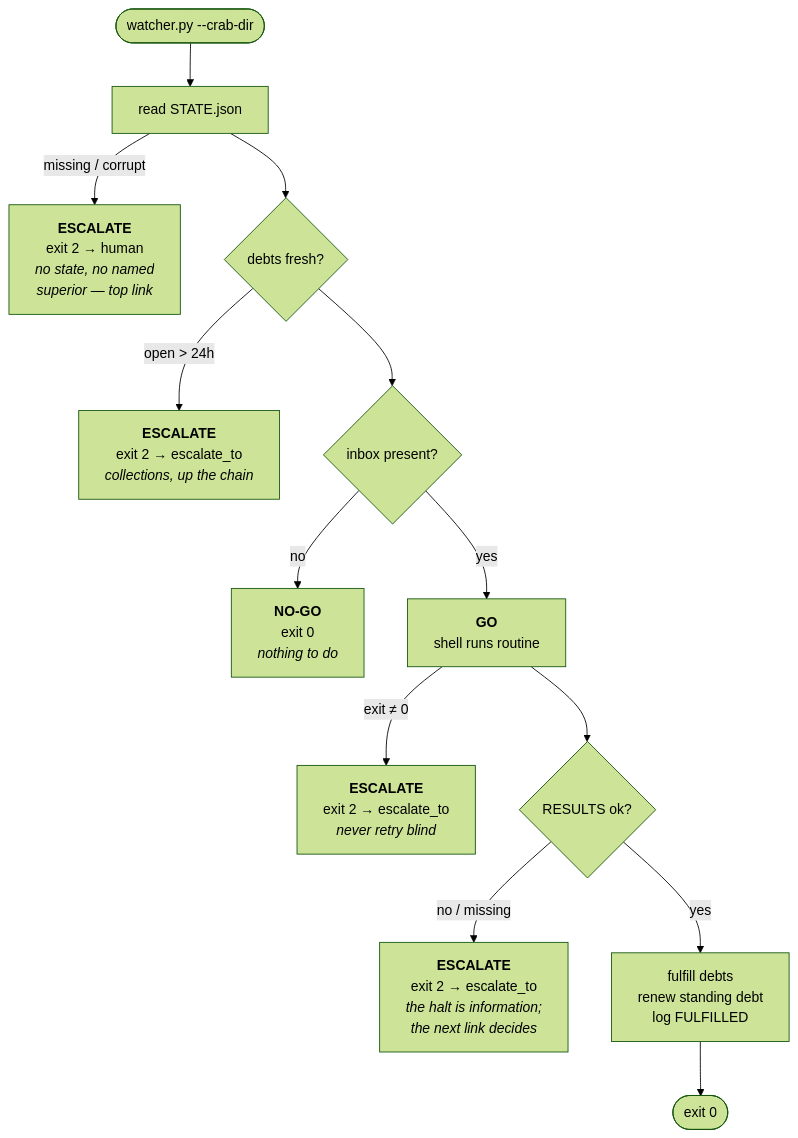
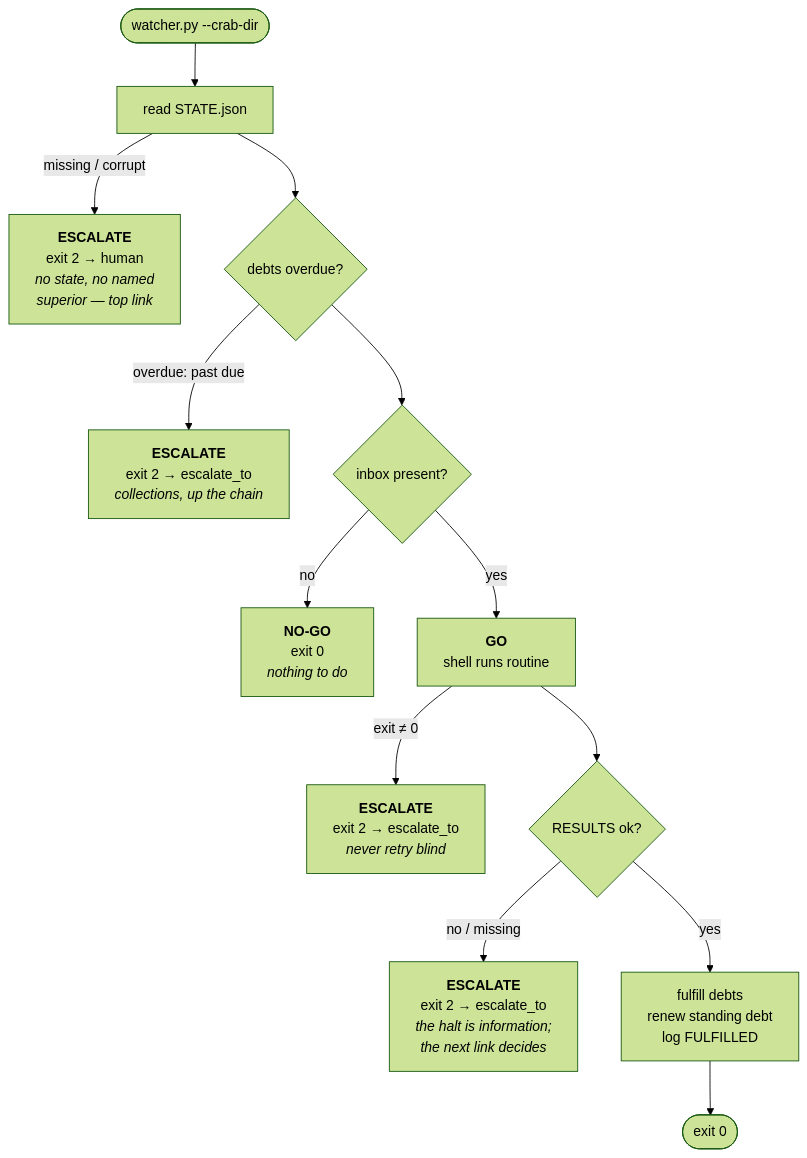
Before and after one commit to SuperInstance/crab-cell: the diagram in docs/03-being-the-watcher.md, drawn with Mermaid (forest theme). The commit also changed other lines of this file and 10 other files, not shown here.

````diff
--- a/docs/03-being-the-watcher.md
+++ b/docs/03-being-the-watcher.md
@@ -24,15 +24,15 @@
 ```mermaid
 flowchart TD
     Start(["watcher.py --crab-dir"]) --> Read["read STATE.json"]
     Read -->|"missing / corrupt"| E1["<b>ESCALATE</b><br/>exit 2 → human<br/><i>no state, no named<br/>superior — top link</i>"]
-    Read --> Debts{"debts fresh?"}
-    Debts -->|"open > 24h"| E2["<b>ESCALATE</b><br/>exit 2 → escalate_to<br/><i>collections, up the chain</i>"]
+    Read --> Debts{"debts overdue?"}
+    Debts -->|"overdue: past due"| E2["<b>ESCALATE</b><br/>exit 2 → escalate_to<br/><i>collections, up the chain</i>"]
     Debts --> Inbox{"inbox present?"}
     Inbox -->|"no"| NG["<b>NO-GO</b><br/>exit 0<br/><i>nothing to do</i>"]
     Inbox -->|"yes"| GO["<b>GO</b><br/>shell runs routine"]
     GO -->|"exit ≠ 0"| E3["<b>ESCALATE</b><br/>exit 2 → escalate_to<br/><i>never retry blind</i>"]
     GO --> Account{"RESULTS ok?"}
     Account -->|"no / missing"| E4["<b>ESCALATE</b><br/>exit 2 → escalate_to<br/><i>the halt is information;<br/>the next link decides</i>"]
     Account -->|"yes"| Fulfill["fulfill debts<br/>renew standing debt<br/>log FULFILLED"]
     Fulfill --> Done(["exit 0"])
 ```
````
